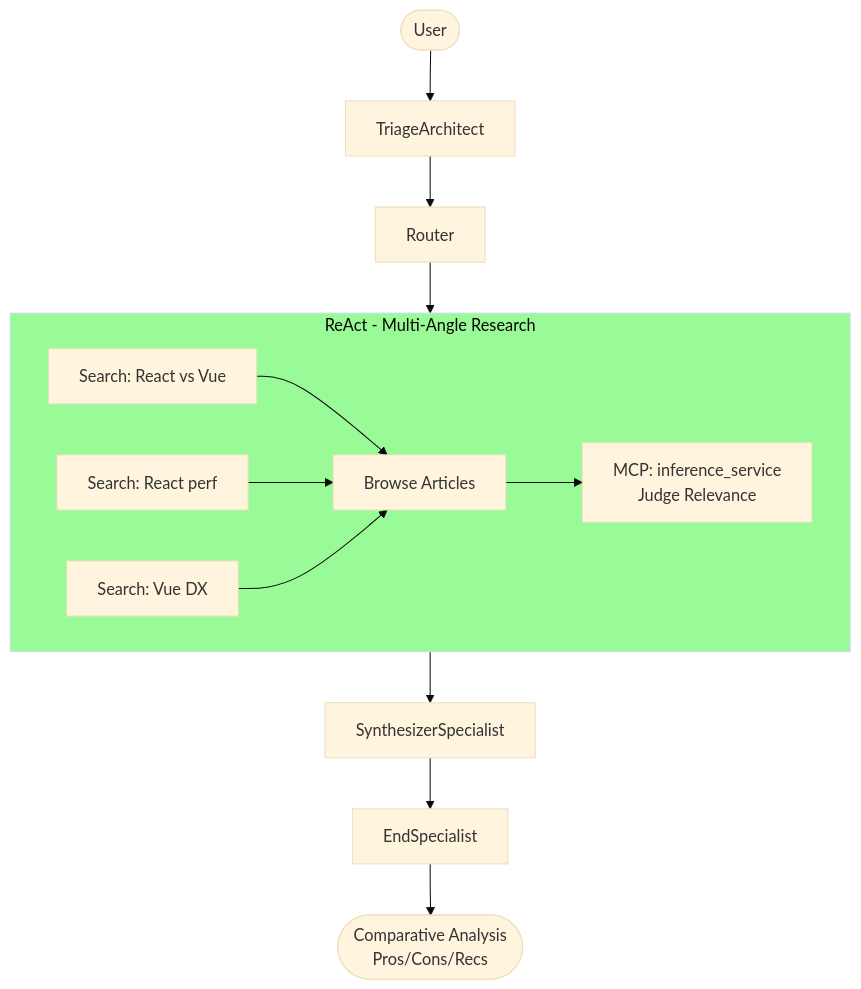
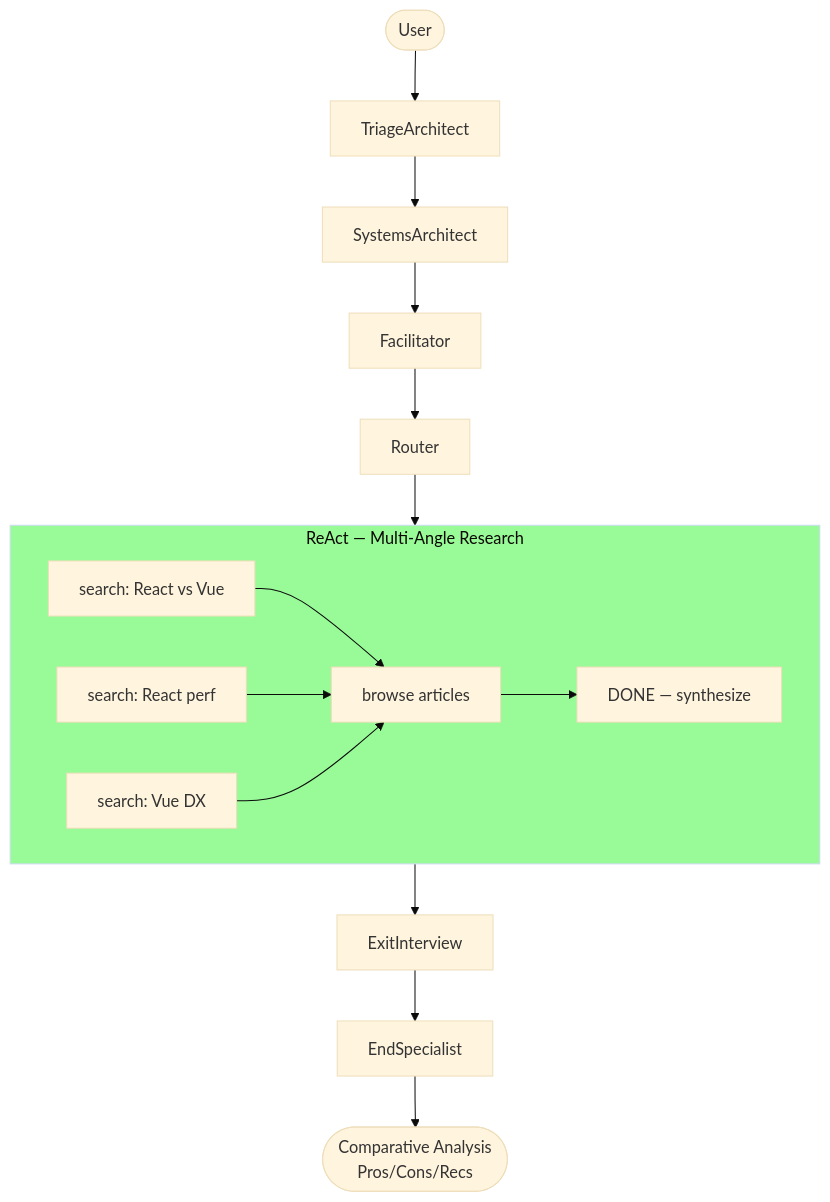
Diagram 11 of 16 in docs/FLOWS.md (shanevcantwell/langgraph-agentic-scaffold), drawn with Mermaid (base theme) before and after one commit. The commit also changed other lines of this file and 11 other files, not shown here.

````diff
--- a/docs/FLOWS.md
+++ b/docs/FLOWS.md
@@ -414,26 +416,28 @@
 ```mermaid
 flowchart TB
     User([User]) --> Triage[TriageArchitect]
-    Triage --> Router[Router]
-    Router --> RO
+    Triage --> SA[SystemsArchitect]
+    SA --> Fac[Facilitator]
+    Fac --> Router[Router]
+    Router --> PD
 
-    subgraph RO[ReAct - Multi-Angle Research]
+    subgraph PD[ReAct — Multi-Angle Research]
         direction LR
-        S1[Search: React vs Vue]
-        S2[Search: React perf]
-        S3[Search: Vue DX]
-        Browse[Browse Articles]
-        Judge[MCP: inference_service<br/>Judge Relevance]
+        S1[search: React vs Vue]
+        S2[search: React perf]
+        S3[search: Vue DX]
+        Browse[browse articles]
+        Done[DONE — synthesize]
 
         S1 --> Browse
         S2 --> Browse
         S3 --> Browse
-        Browse --> Judge
+        Browse --> Done
     end
 
-    RO --> Synth[SynthesizerSpecialist]
-    Synth --> End[EndSpecialist]
+    PD --> EI[ExitInterview]
+    EI --> End[EndSpecialist]
     End --> Response([Comparative Analysis<br/>Pros/Cons/Recs])
 
-    style RO fill:#98FB98
+    style PD fill:#98FB98
 ```
````
